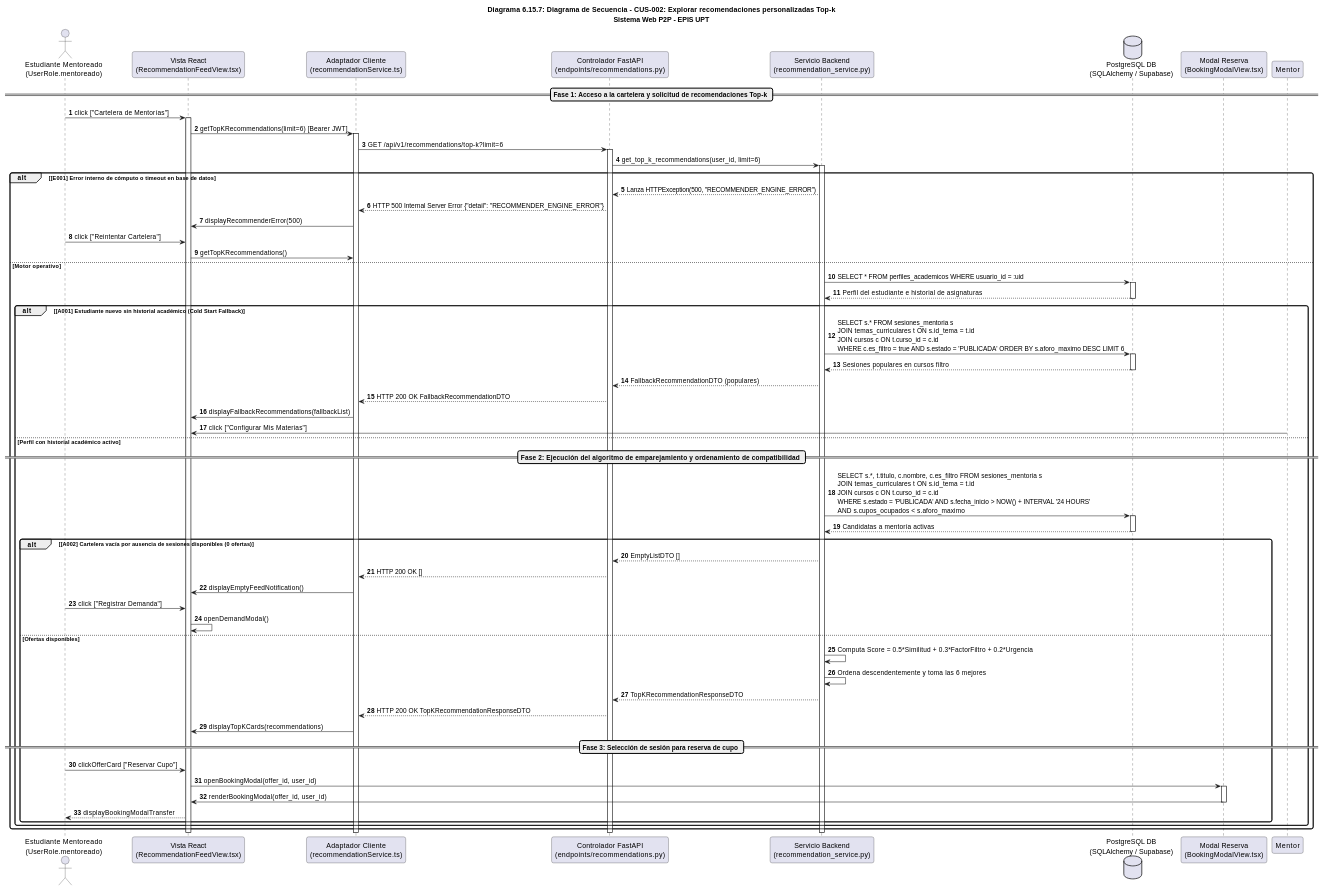
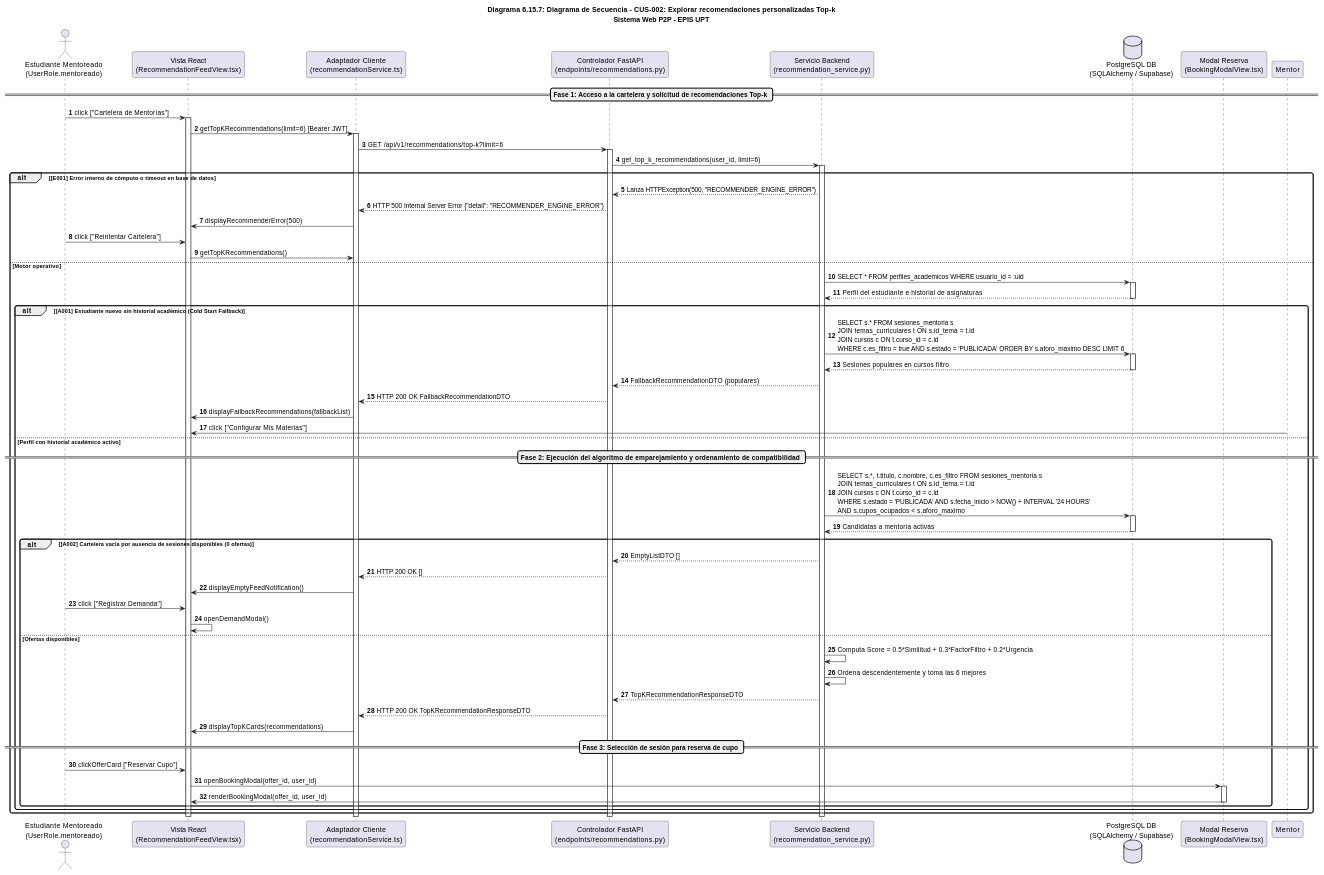
The eighth of 25 diagrams in docs/diseño/DIAGRAMAS_DE_SECUENCIA_CONSOLIDADOS.md (JMedina255/sistema_web_p2p), drawn with PlantUML before and after one commit. The commit also changed other lines of this file and 1 other file, not shown here.

Commit message:
docs(diseño): alinear diagramas de secuencia con estándar Visual Paradigm y flujo de vista estricto

```diff
--- a/docs/diseño/DIAGRAMAS_DE_SECUENCIA_CONSOLIDADOS.md
+++ b/docs/diseño/DIAGRAMAS_DE_SECUENCIA_CONSOLIDADOS.md
@@ -1136,7 +1122,6 @@
             activate BookingModal
             BookingModal -> UI: renderBookingModal(offer_id, user_id)
             deactivate BookingModal
-            UI --> User: displayBookingModalTransfer
         end
     end
 end
```
